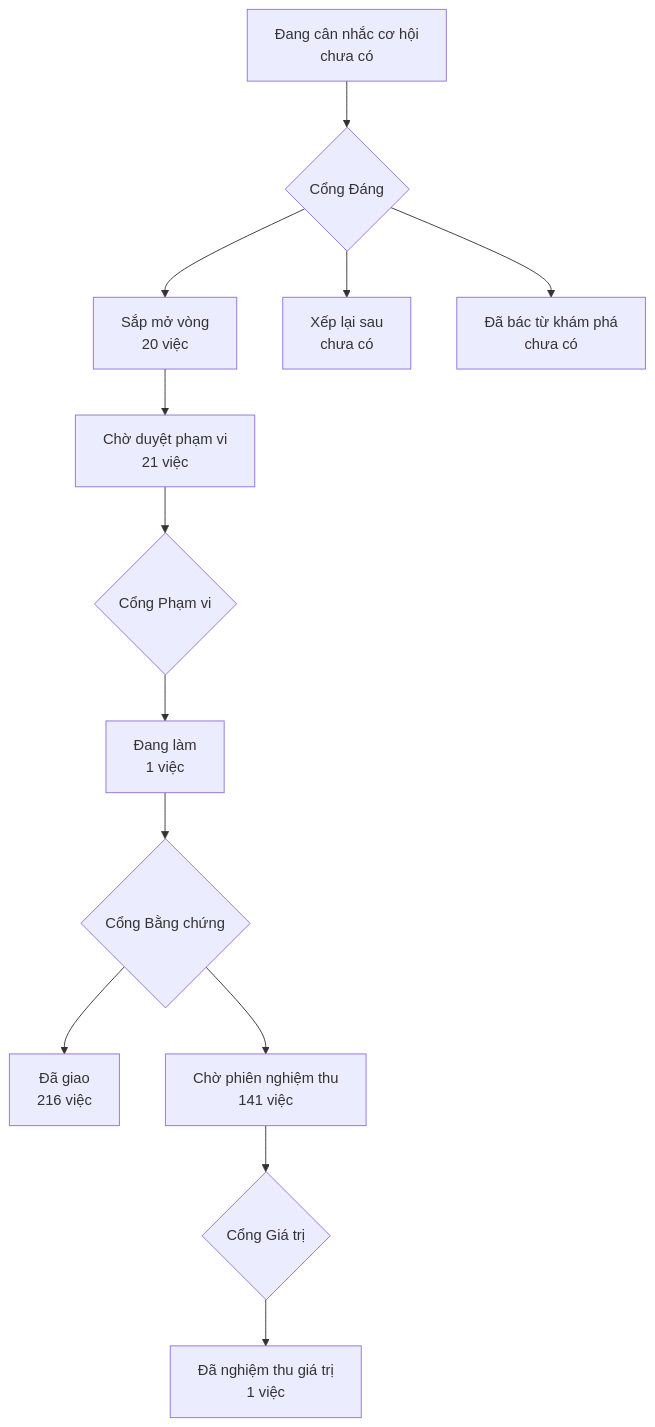
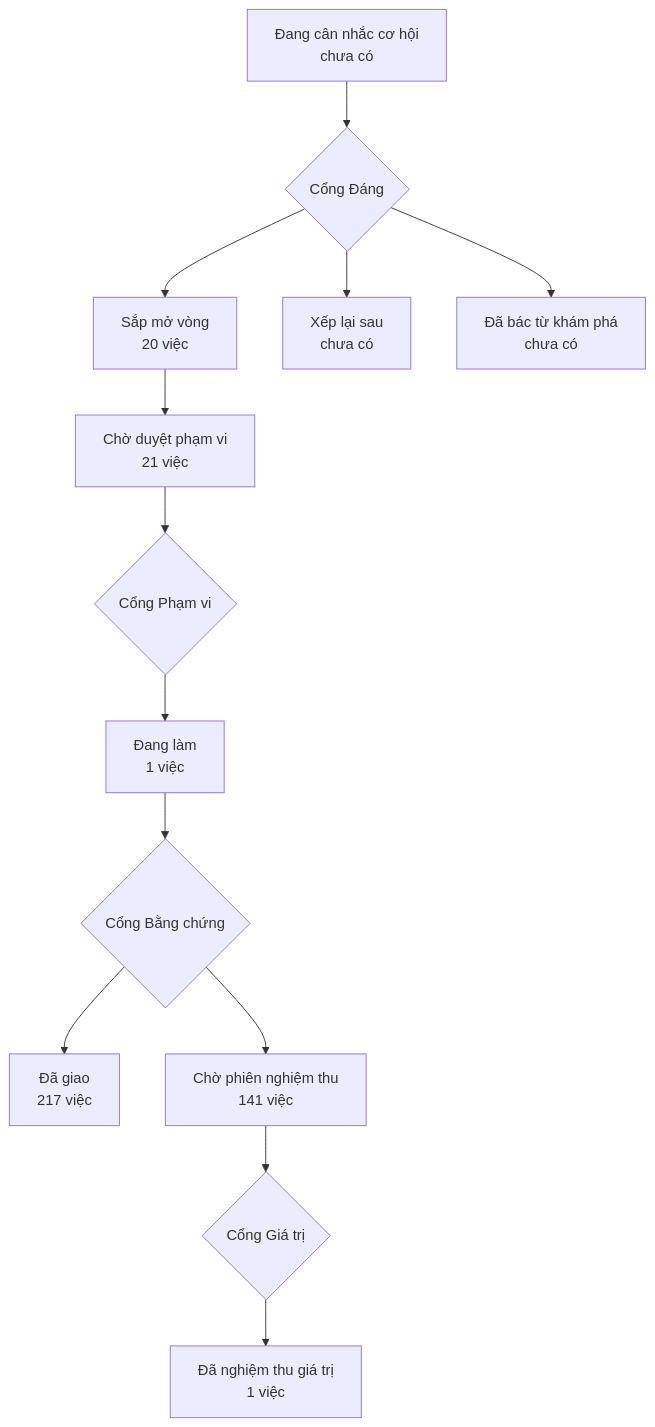
One commit to phanlemanh/onehub-invest changed the diagram in PRODUCT-MAP.md. Above: the diagram before and after it, drawn with Mermaid. The commit also changed other lines of this file and 1 other file, not shown here.

Commit message:
chore: vẽ lại PRODUCT-MAP, LO-TRINH sau khi nhận main

````diff
--- a/PRODUCT-MAP.md
+++ b/PRODUCT-MAP.md
@@ -7,12 +7,12 @@
 ```mermaid
 flowchart TD
   A["Đang cân nhắc cơ hội<br/>chưa có"] --> GD{"Cổng Đáng"}
   GD --> B["Sắp mở vòng<br/>20 việc"]
   GD --> XL["Xếp lại sau<br/>chưa có"]
   GD --> DB["Đã bác từ khám phá<br/>chưa có"]
   B --> CD["Chờ duyệt phạm vi<br/>21 việc"] --> GP{"Cổng Phạm vi"}
   GP --> DL["Đang làm<br/>1 việc"] --> GB{"Cổng Bằng chứng"}
-  GB --> DG["Đã giao<br/>216 việc"]
+  GB --> DG["Đã giao<br/>217 việc"]
   GB --> CN["Chờ phiên nghiệm thu<br/>141 việc"] --> GG{"Cổng Giá trị"}
   GG --> NT["Đã nghiệm thu giá trị<br/>1 việc"]
 ```
````
